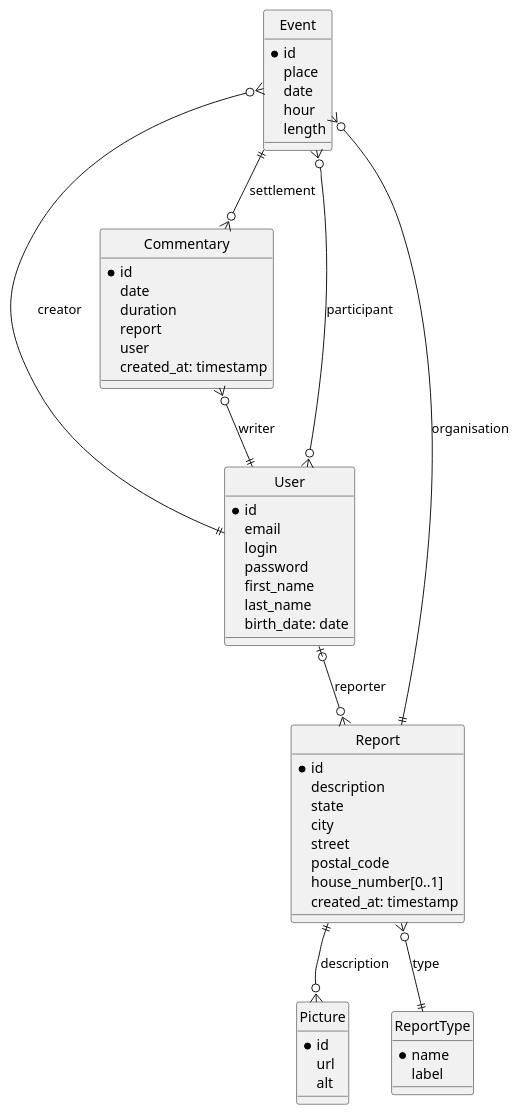
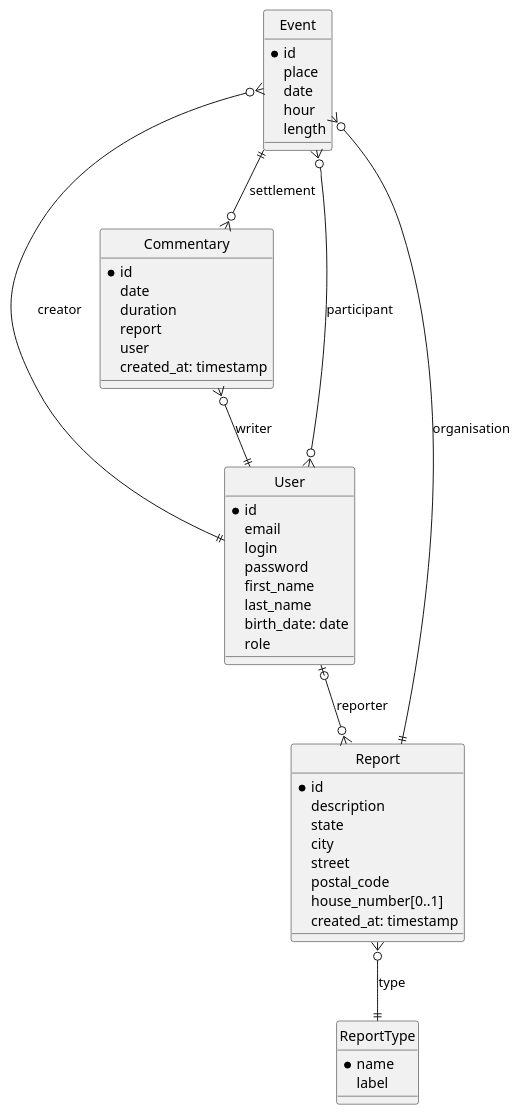
The diagram in schemas/database_EA.puml (ThibBer/smartcity_api), drawn with PlantUML before and after one commit. The commit also changed 1 other file, not shown here.

Commit message:
Add user role - delete picture table

```diff
--- a/schemas/database_EA.puml
+++ b/schemas/database_EA.puml
@@ -1,62 +1,56 @@
 @startuml
 hide circle
 
 entity User{
     * id
     email
     login
     password
     first_name
     last_name
     birth_date: date
+    role
 }
 
 entity Report {
     * id
     description
     state
     city
     street
     postal_code
     house_number[0..1]
     created_at: timestamp
 }
 
 entity Event {
     * id
     place
     date
     hour
     length
 }
 
 entity Commentary {
     * id
     date
     duration
     report
     user
     created_at: timestamp
 }
 
-entity Picture {
-    * id
-    url
-    alt
-}
-
 entity ReportType {
     * name
     label
 }
 
 User |o--o{ Report : reporter
 Report ||--o{ Event : organisation
 Commentary }o--|| User : writer
 Event ||--o{ Commentary : settlement
 User }o--o{ Event : participant
 User ||-up-o{ Event : creator
-Report ||--o{ Picture : description
 Report }o--|| ReportType : type
 
 @enduml
```
